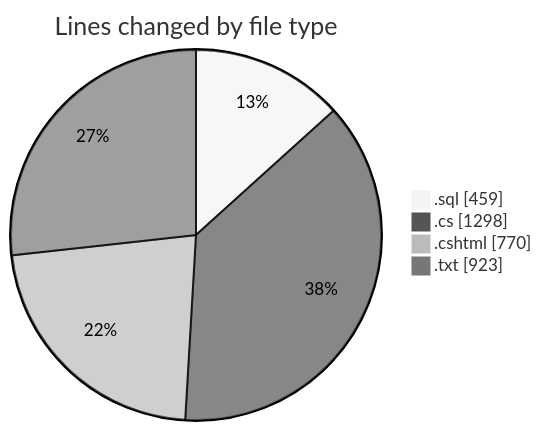
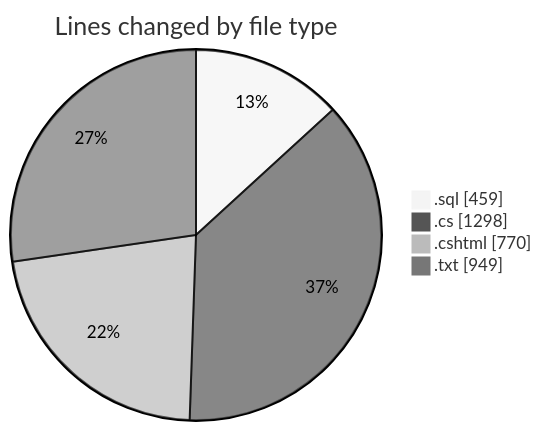
The first of 2 diagrams in 2025-07-23/quanlyrapchieuphim/README.md (lephambinh05/code-tracking), drawn with Mermaid (neutral theme) before and after one commit. The commit also changed other lines of this file and 1 other file, not shown here.

````diff
--- a/2025-07-23/quanlyrapchieuphim/README.md
+++ b/2025-07-23/quanlyrapchieuphim/README.md
@@ -27,8 +27,8 @@
 ```mermaid
 pie showData
 title Lines changed by file type
 ".sql" : 459
 ".cs" : 1298
 ".cshtml" : 770
-".txt" : 923
+".txt" : 949
 ```
````
